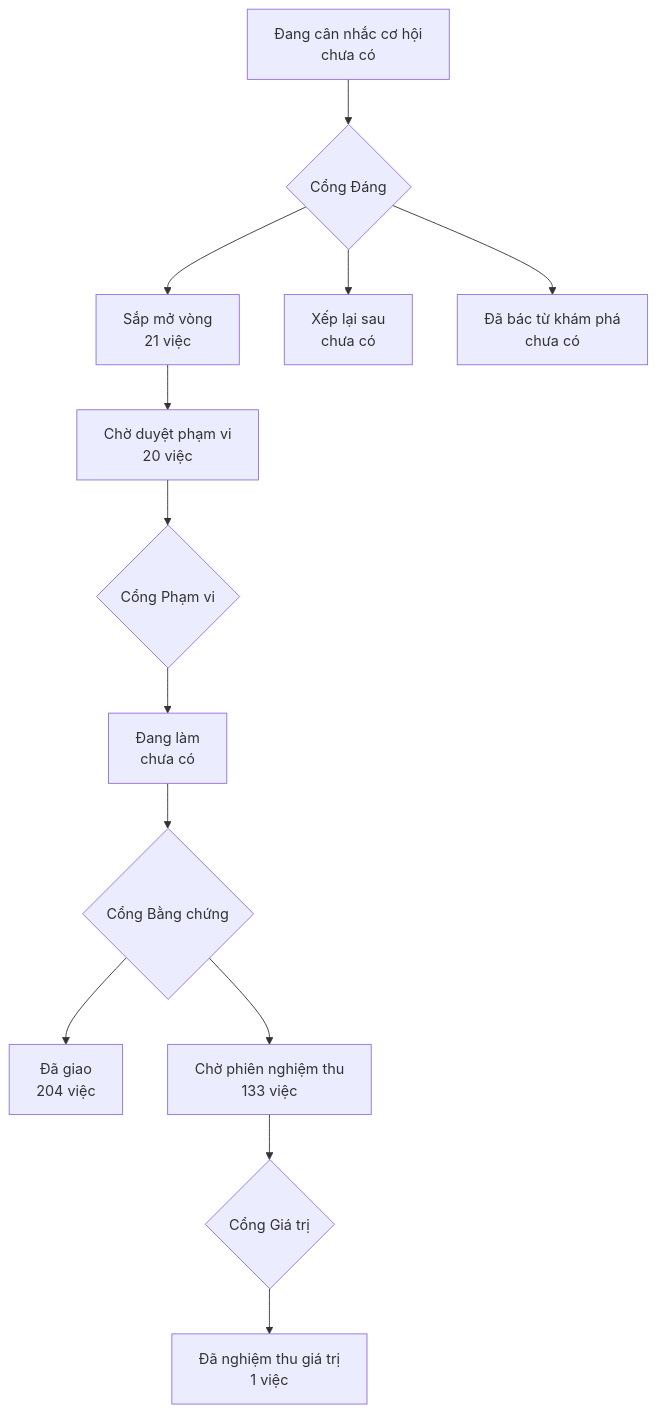
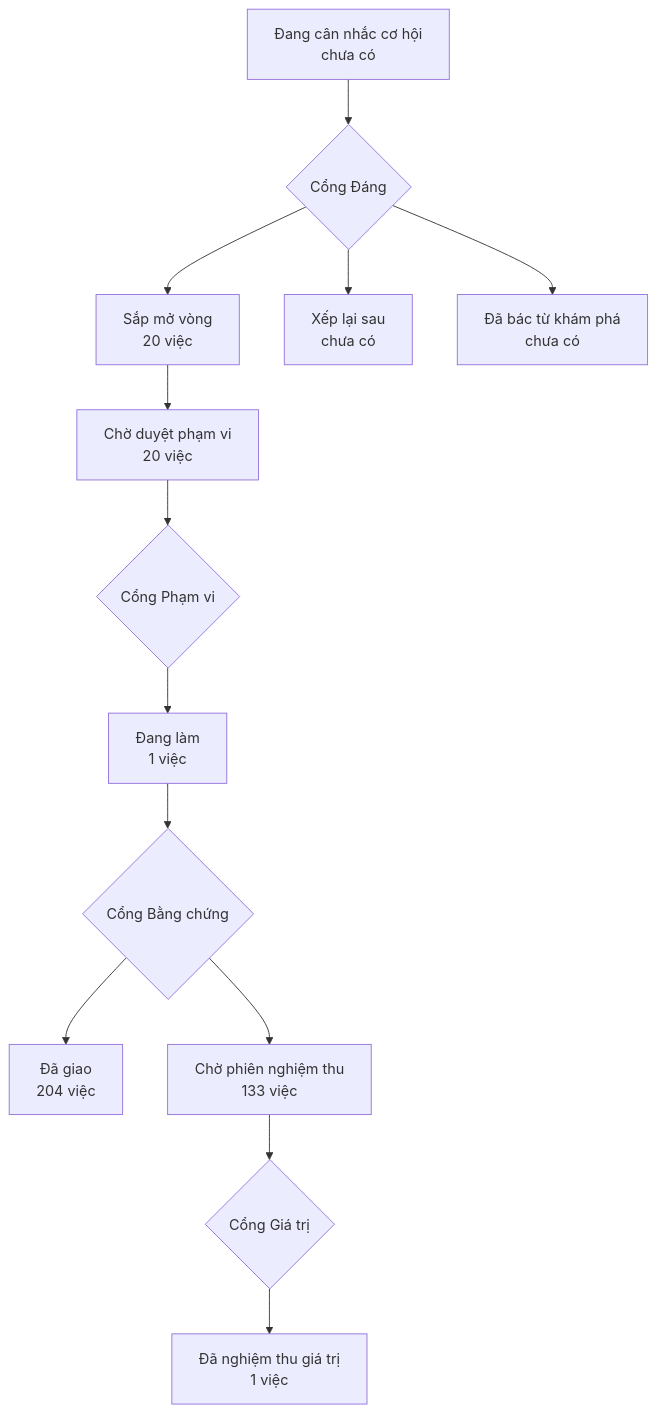
Before and after one commit to phanlemanh/onehub-invest: the diagram in PRODUCT-MAP.md, drawn with Mermaid. The commit also changed other lines of this file and 3 other files, not shown here.

````diff
--- a/PRODUCT-MAP.md
+++ b/PRODUCT-MAP.md
@@ -7,12 +7,12 @@
 ```mermaid
 flowchart TD
   A["Đang cân nhắc cơ hội<br/>chưa có"] --> GD{"Cổng Đáng"}
-  GD --> B["Sắp mở vòng<br/>21 việc"]
+  GD --> B["Sắp mở vòng<br/>20 việc"]
   GD --> XL["Xếp lại sau<br/>chưa có"]
   GD --> DB["Đã bác từ khám phá<br/>chưa có"]
   B --> CD["Chờ duyệt phạm vi<br/>20 việc"] --> GP{"Cổng Phạm vi"}
-  GP --> DL["Đang làm<br/>chưa có"] --> GB{"Cổng Bằng chứng"}
+  GP --> DL["Đang làm<br/>1 việc"] --> GB{"Cổng Bằng chứng"}
   GB --> DG["Đã giao<br/>204 việc"]
   GB --> CN["Chờ phiên nghiệm thu<br/>133 việc"] --> GG{"Cổng Giá trị"}
   GG --> NT["Đã nghiệm thu giá trị<br/>1 việc"]
 ```
````
